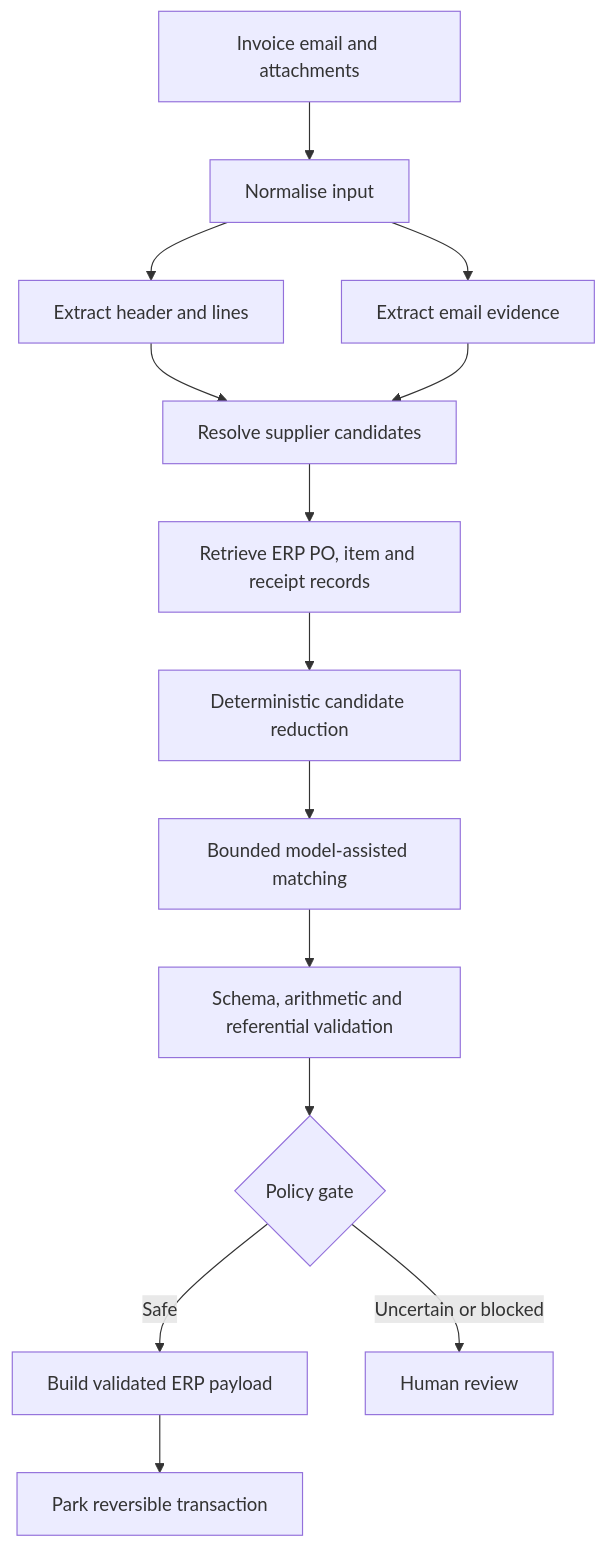
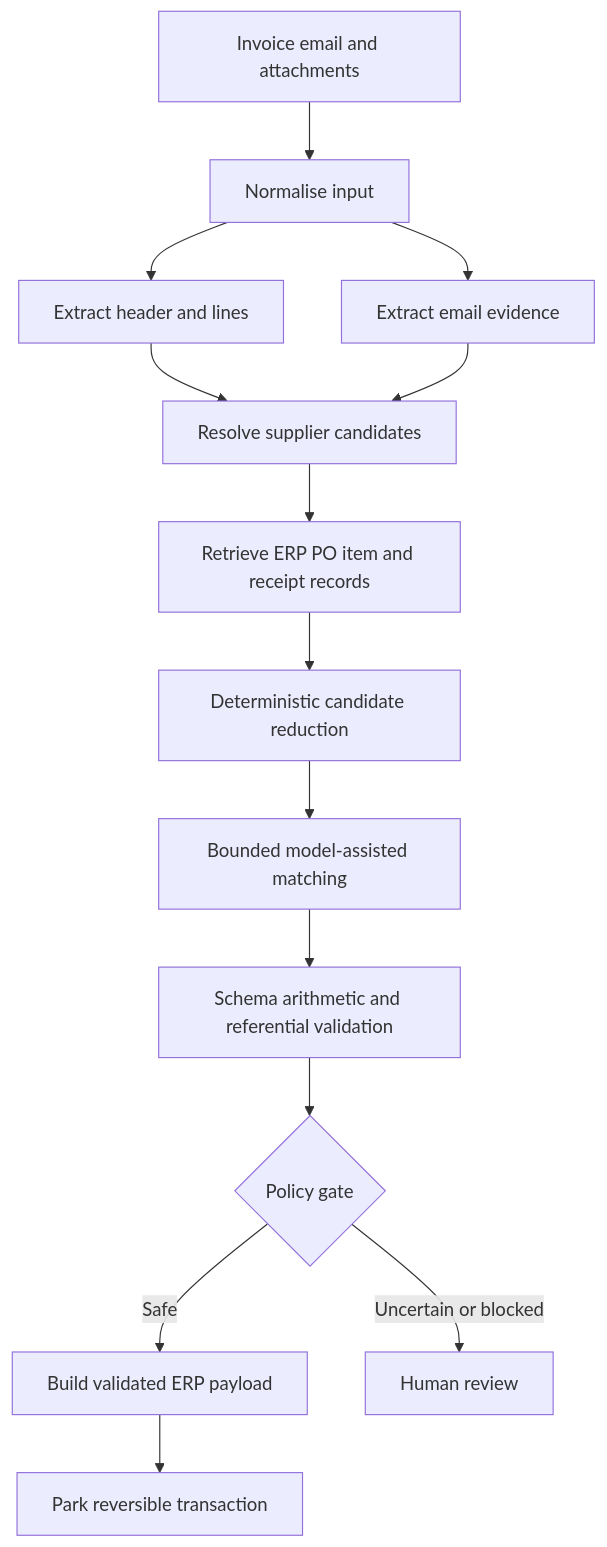
The first of 2 diagrams in 09-case-studies/enterprise-accounts-payable-automation.md (penguinboy1108/AI_Engineering_Playbook), drawn with Mermaid before and after one commit. The commit also changed other lines of this file and 22 other files, not shown here.

````diff
--- a/09-case-studies/enterprise-accounts-payable-automation.md
+++ b/09-case-studies/enterprise-accounts-payable-automation.md
@@ -95,16 +110,16 @@
 ```mermaid
 flowchart TB
     A[Invoice email and attachments] --> B[Normalise input]
     B --> C[Extract header and lines]
     B --> D[Extract email evidence]
     C --> E[Resolve supplier candidates]
     D --> E
-    E --> F[Retrieve ERP PO, item and receipt records]
+    E --> F[Retrieve ERP PO item and receipt records]
     F --> G[Deterministic candidate reduction]
     G --> H[Bounded model-assisted matching]
-    H --> I[Schema, arithmetic and referential validation]
+    H --> I[Schema arithmetic and referential validation]
     I --> J{Policy gate}
     J -->|Safe| K[Build validated ERP payload]
     K --> L[Park reversible transaction]
     J -->|Uncertain or blocked| M[Human review]
 ```
````
